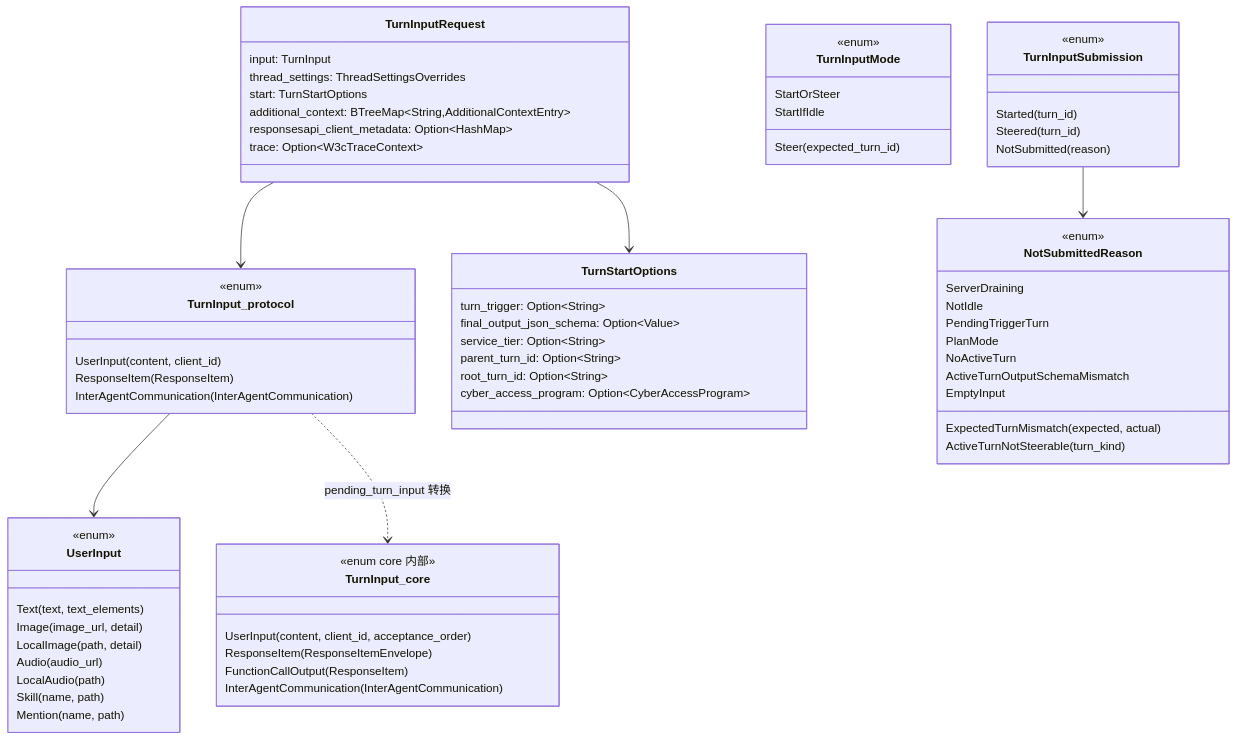
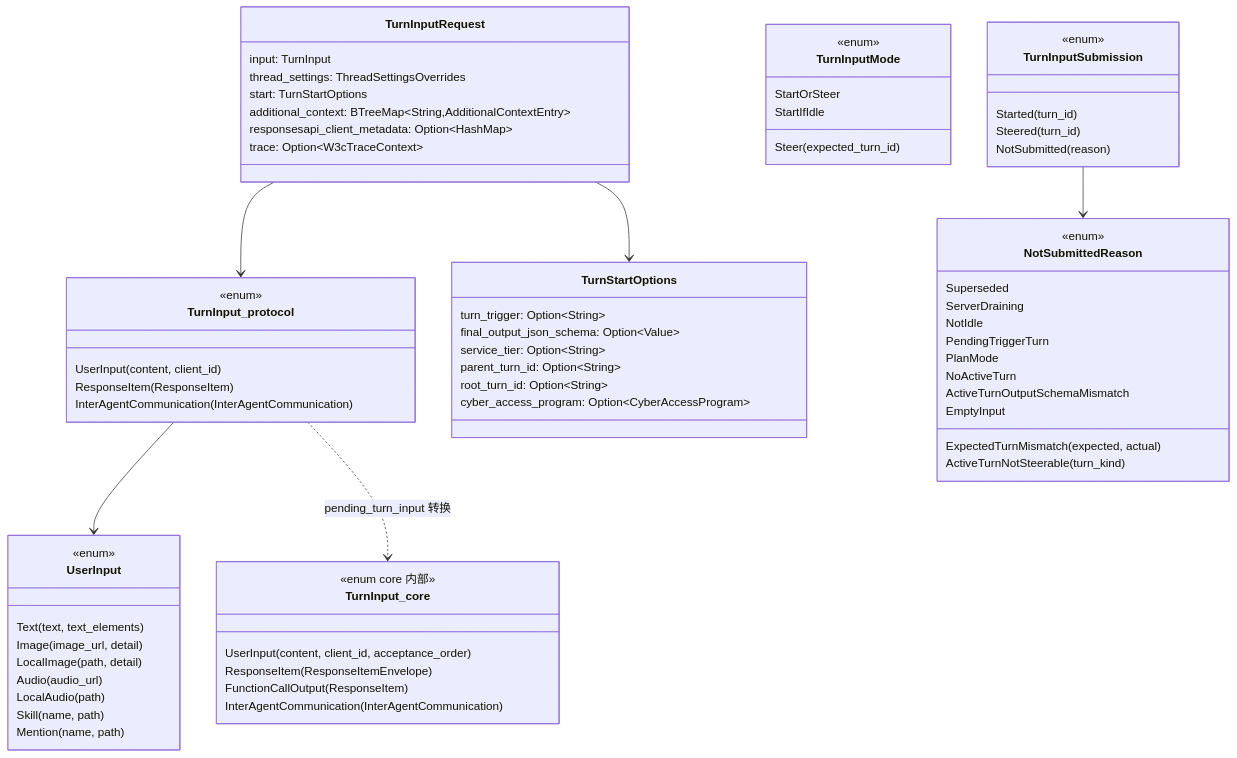
Before and after one commit to nickqiaoo/nickqiaoo.github.io: the sixth of 32 diagrams in src/content/post/agents-codex/index.md, drawn with Mermaid. The commit also changed other lines of this file and 2 other files, not shown here.

````diff
--- a/src/content/post/agents-codex/index.md
+++ b/src/content/post/agents-codex/index.md
@@ -368,71 +366,72 @@
 ```mermaid
 classDiagram
   class UserInput {
     <<enum>>
     Text(text, text_elements)
     Image(image_url, detail)
     LocalImage(path, detail)
     Audio(audio_url)
     LocalAudio(path)
     Skill(name, path)
     Mention(name, path)
   }
   class TurnInputRequest {
     input: TurnInput
     thread_settings: ThreadSettingsOverrides
     start: TurnStartOptions
     additional_context: BTreeMap~String,AdditionalContextEntry~
     responsesapi_client_metadata: Option~HashMap~
     trace: Option~W3cTraceContext~
   }
   class TurnInput_protocol {
     <<enum>>
     UserInput(content, client_id)
     ResponseItem(ResponseItem)
     InterAgentCommunication(InterAgentCommunication)
   }
   class TurnInputMode {
     <<enum>>
     StartOrSteer
     StartIfIdle
     Steer(expected_turn_id)
   }
   class TurnStartOptions {
     turn_trigger: Option~String~
     final_output_json_schema: Option~Value~
     service_tier: Option~String~
     parent_turn_id: Option~String~
     root_turn_id: Option~String~
     cyber_access_program: Option~CyberAccessProgram~
   }
   class TurnInputSubmission {
     <<enum>>
     Started(turn_id)
     Steered(turn_id)
     NotSubmitted(reason)
   }
   class NotSubmittedReason {
     <<enum>>
+    Superseded
     ServerDraining
     NotIdle
     PendingTriggerTurn
     PlanMode
     NoActiveTurn
     ExpectedTurnMismatch(expected, actual)
     ActiveTurnNotSteerable(turn_kind)
     ActiveTurnOutputSchemaMismatch
     EmptyInput
   }
   class TurnInput_core {
     <<enum core 内部>>
     UserInput(content, client_id, acceptance_order)
     ResponseItem(ResponseItemEnvelope)
     FunctionCallOutput(ResponseItem)
     InterAgentCommunication(InterAgentCommunication)
   }
   TurnInputRequest --> TurnInput_protocol
   TurnInputRequest --> TurnStartOptions
   TurnInput_protocol --> UserInput
   TurnInputSubmission --> NotSubmittedReason
   TurnInput_protocol ..> TurnInput_core : pending_turn_input 转换
 ```
````
